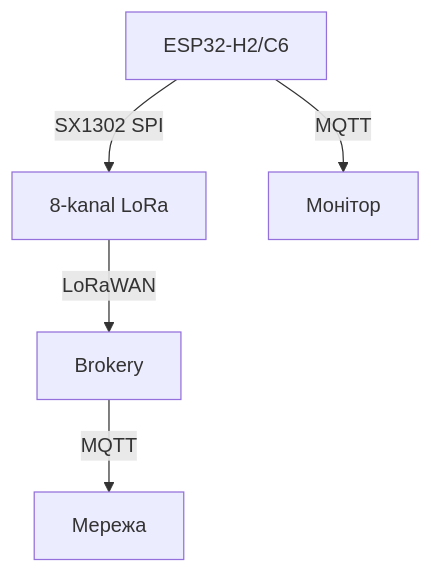
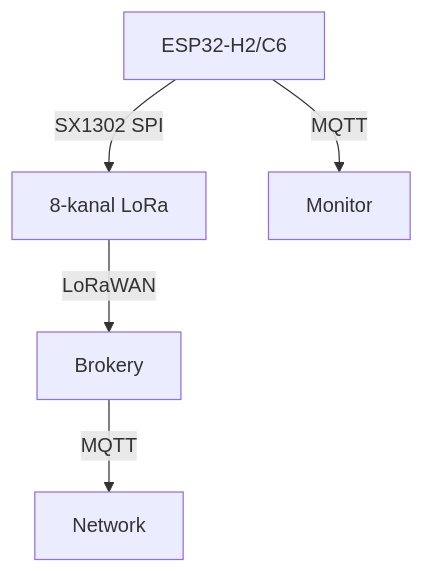
Before and after one commit to ksalab/embedded-reference: the diagram in obsidian_vault/ESP32-Reference/EN/12-Comm-Modules/29-LoRaWAN-Gateway-Deep.en.md, drawn with Mermaid. The commit also changed other lines of this file and 76 other files, not shown here.

````diff
--- a/obsidian_vault/ESP32-Reference/EN/12-Comm-Modules/29-LoRaWAN-Gateway-Deep.en.md
+++ b/obsidian_vault/ESP32-Reference/EN/12-Comm-Modules/29-LoRaWAN-Gateway-Deep.en.md
@@ -21,7 +21,7 @@
 ```mermaid
 flowchart TB
   NODE[ESP32-H2/C6] -->|SX1302 SPI| GW[8-kanal LoRa]
   GW -->|LoRaWAN| BRK[Brokery]
-  BRK -->|MQTT| NET[Мережа]
-  NODE -->|MQTT| MON[Монітор]
+  BRK -->|MQTT| NET[Network]
+  NODE -->|MQTT| MON[Monitor]
 ```
````
